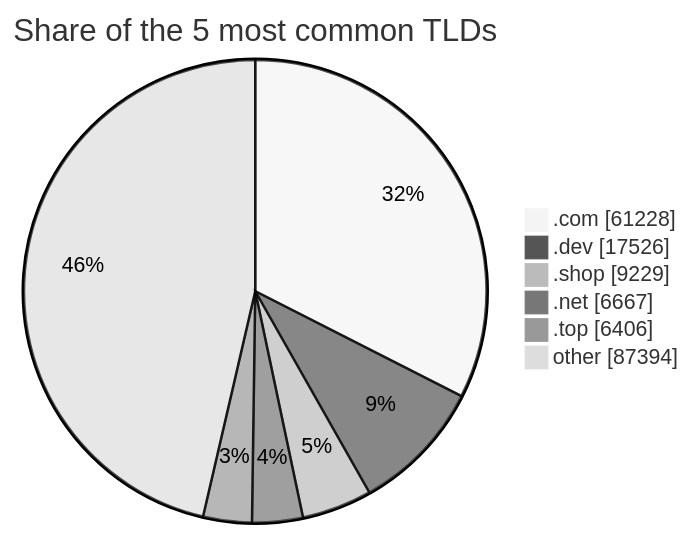
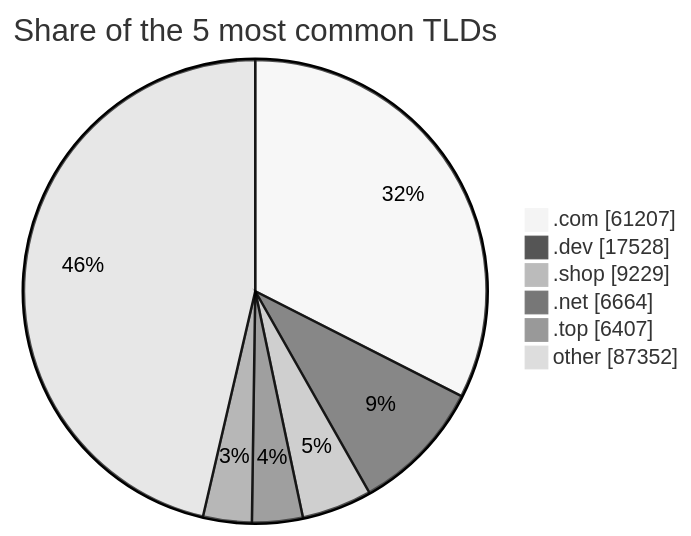
Before and after one commit to DNSBunker/CTI: the third of 3 diagrams in README.md, drawn with Mermaid (neutral theme). The commit also changed other lines of this file and 3 other files, not shown here.

````diff
--- a/README.md
+++ b/README.md
@@ -81,9 +81,9 @@
 ```mermaid
 pie showData title Share of the 5 most common TLDs
-    ".com" : 61228
-    ".dev" : 17526
+    ".com" : 61207
+    ".dev" : 17528
     ".shop" : 9229
-    ".net" : 6667
-    ".top" : 6406
-    "other" : 87394
+    ".net" : 6664
+    ".top" : 6407
+    "other" : 87352
 ```
````
